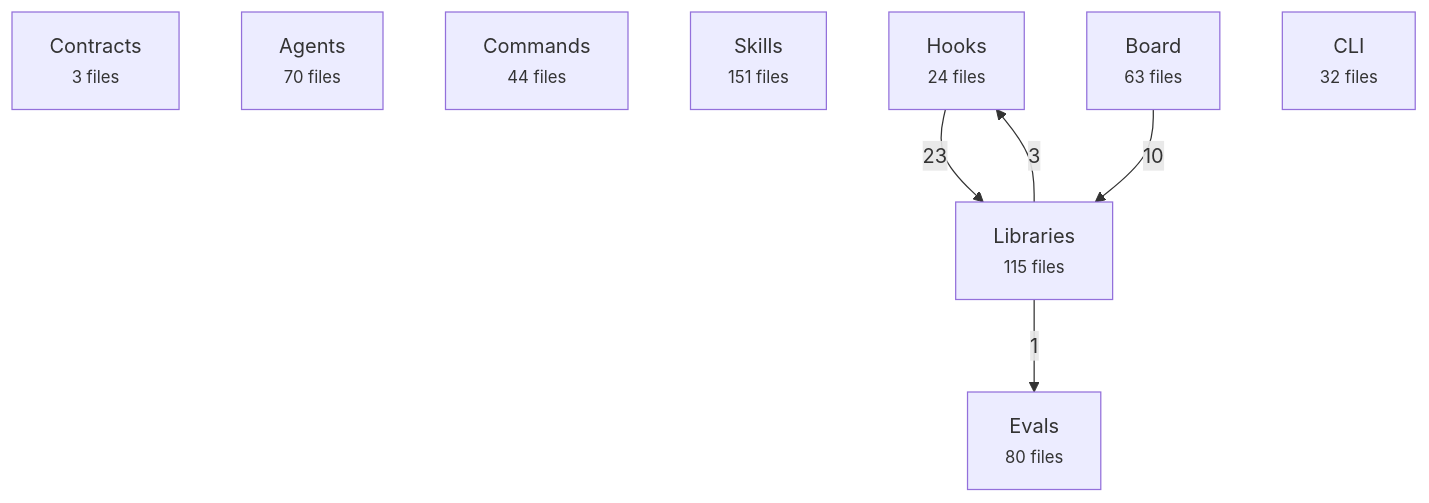
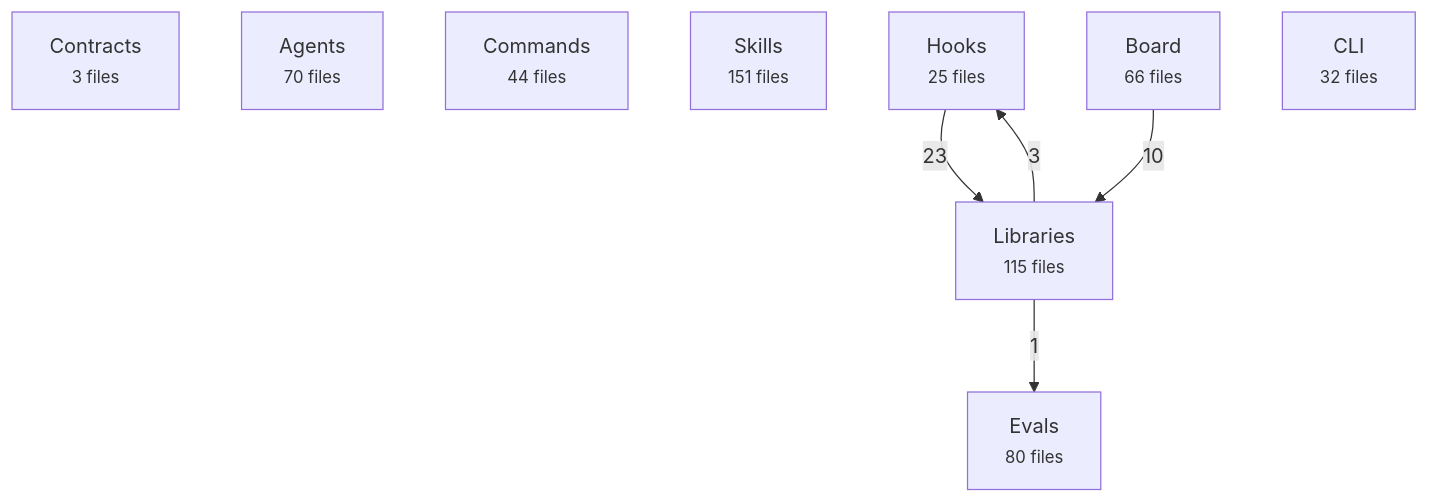
One commit to avelikiy/great_cto changed the first of 2 diagrams in docs/reference/architecture-map.md. Above: the diagram before and after it, drawn with Mermaid. The commit also changed other lines of this file and 4 other files, not shown here.

````diff
--- a/docs/reference/architecture-map.md
+++ b/docs/reference/architecture-map.md
@@ -20,16 +20,16 @@
 ```mermaid
 flowchart TD
   contracts["Contracts<br/><small>3 files</small>"]
   agents["Agents<br/><small>70 files</small>"]
   commands["Commands<br/><small>44 files</small>"]
   skills["Skills<br/><small>151 files</small>"]
-  hooks["Hooks<br/><small>24 files</small>"]
+  hooks["Hooks<br/><small>25 files</small>"]
   libs["Libraries<br/><small>115 files</small>"]
-  board["Board<br/><small>63 files</small>"]
+  board["Board<br/><small>66 files</small>"]
   cli["CLI<br/><small>32 files</small>"]
   evals["Evals<br/><small>80 files</small>"]
   hooks -->|23| libs
   board -->|10| libs
   libs -->|3| hooks
   libs -->|1| evals
 ```
````
